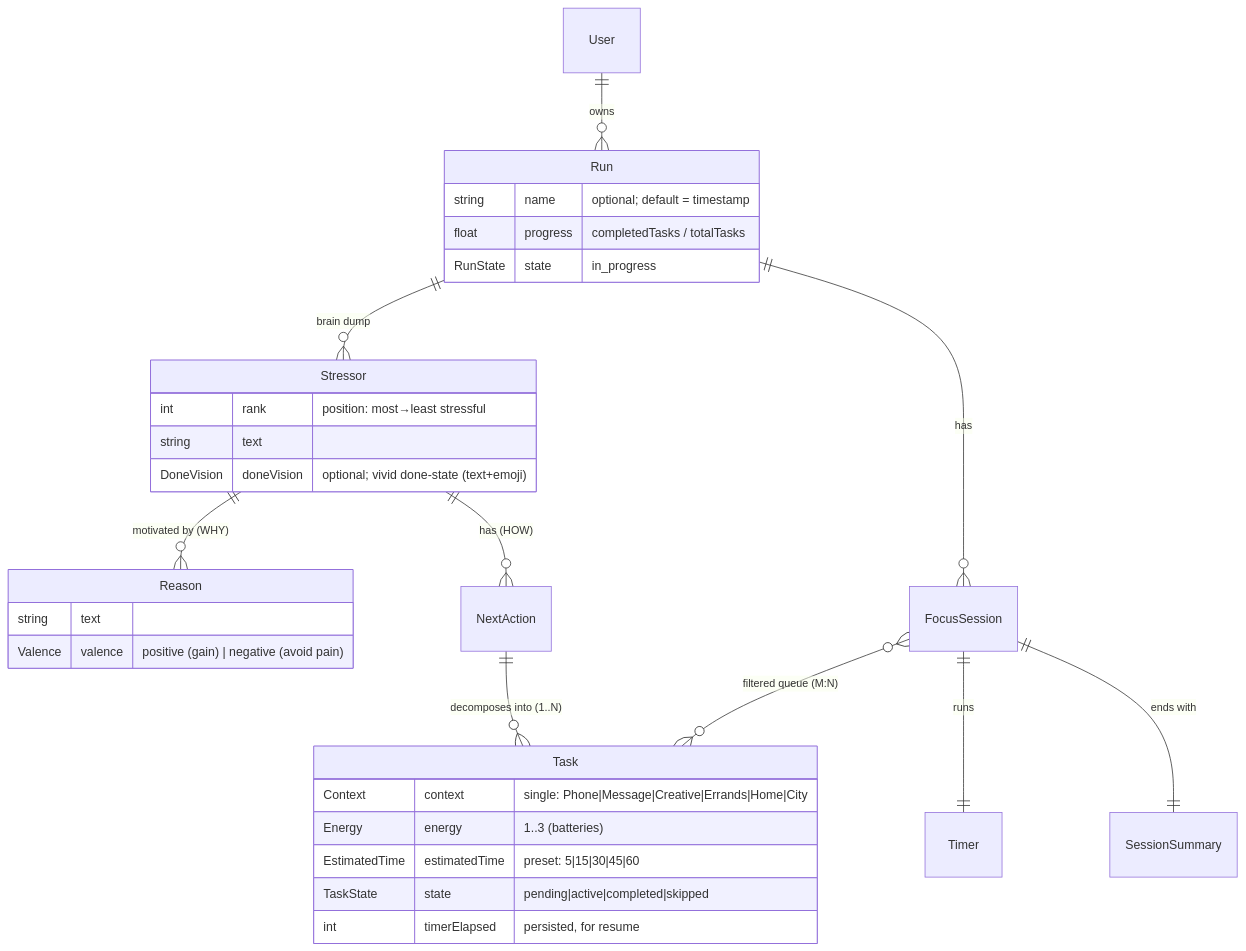
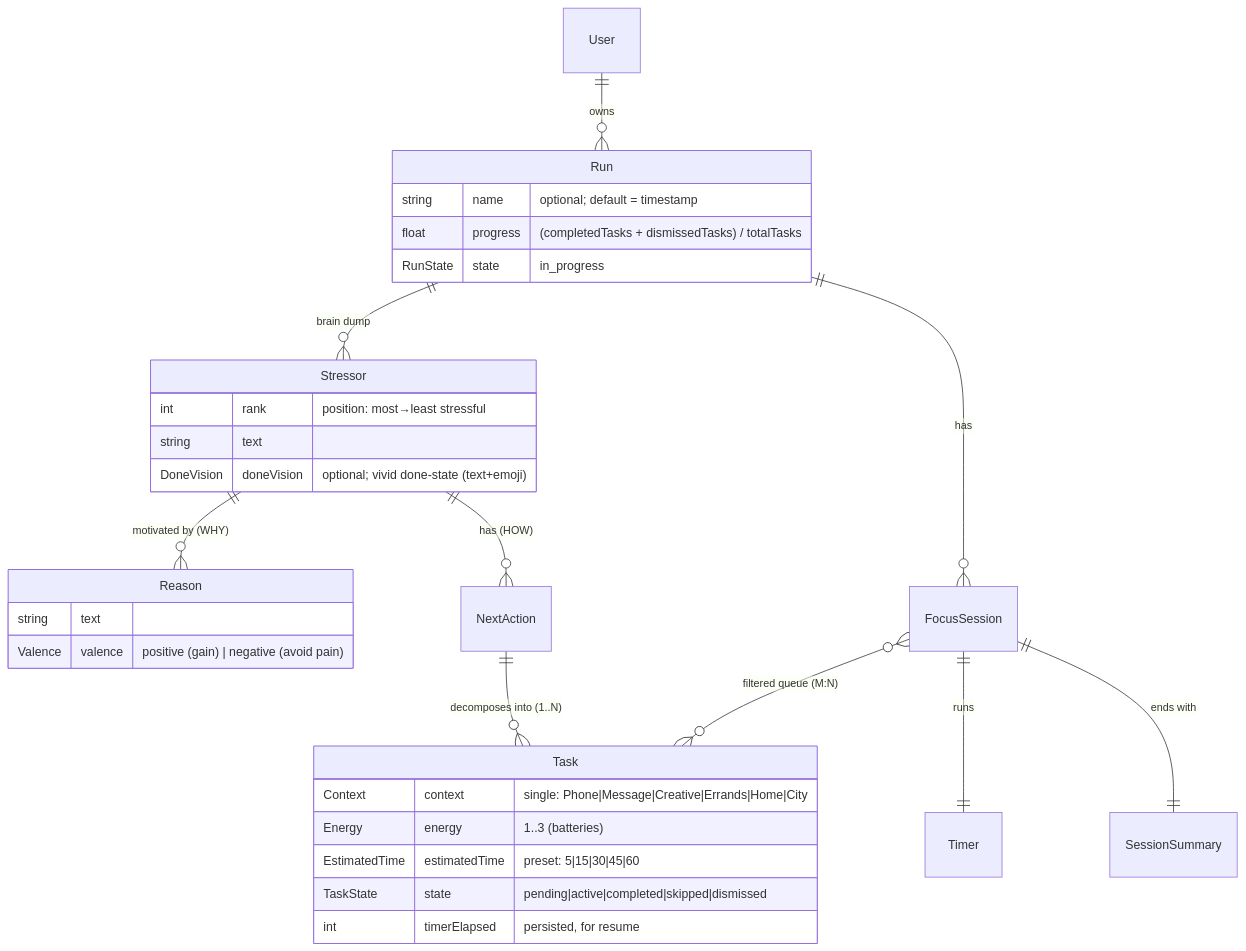
The diagram in docs/ENTITY_MAP.md (marekbrze/autowork), drawn with Mermaid before and after one commit. The commit also changed other lines of this file and 32 other files, not shown here.

````diff
--- a/docs/ENTITY_MAP.md
+++ b/docs/ENTITY_MAP.md
@@ -8,34 +8,34 @@
 ```mermaid
 erDiagram
     User ||--o{ Run : "owns"
     Run ||--o{ Stressor : "brain dump"
     Stressor ||--o{ Reason : "motivated by (WHY)"
     Stressor ||--o{ NextAction : "has (HOW)"
     NextAction ||--o{ Task : "decomposes into (1..N)"
     Run ||--o{ FocusSession : "has"
     FocusSession }o--o{ Task : "filtered queue (M:N)"
     FocusSession ||--|| Timer : "runs"
     FocusSession ||--|| SessionSummary : "ends with"
 
     Task {
         Context context "single: Phone|Message|Creative|Errands|Home|City"
         Energy energy "1..3 (batteries)"
         EstimatedTime estimatedTime "preset: 5|15|30|45|60"
-        TaskState state "pending|active|completed|skipped"
+        TaskState state "pending|active|completed|skipped|dismissed"
         int timerElapsed "persisted, for resume"
     }
     Stressor {
         int rank "position: most→least stressful"
         string text
         DoneVision doneVision "optional; vivid done-state (text+emoji)"
     }
     Reason {
         string text
         Valence valence "positive (gain) | negative (avoid pain)"
     }
     Run {
         string name "optional; default = timestamp"
-        float progress "completedTasks / totalTasks"
+        float progress "(completedTasks + dismissedTasks) / totalTasks"
         RunState state "in_progress"
     }
 ```
````
